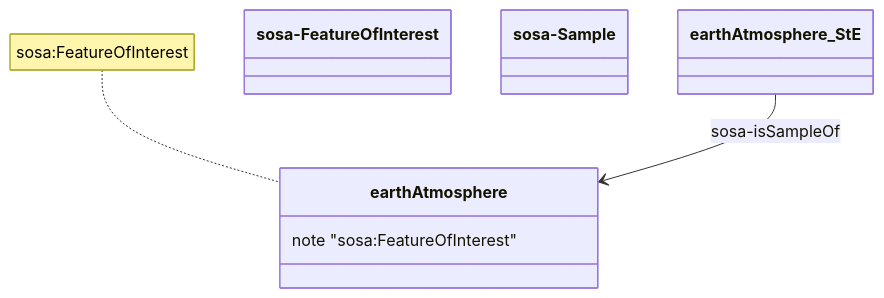
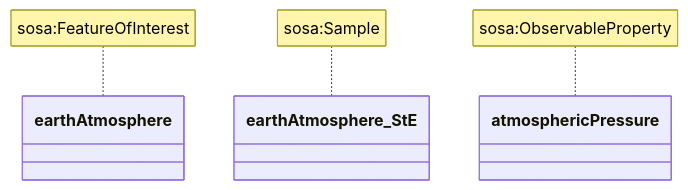
The diagram in Test/Example.md (DataCoveEU/FAIRiTRASH), drawn with Mermaid before and after one commit.

````diff
--- a/Test/Example.md
+++ b/Test/Example.md
@@ -4,16 +4,14 @@
 ```mermaid
 classDiagram
    class earthAtmosphere{
-      note "sosa:FeatureOfInterest"
     }
+    note for earthAtmosphere "sosa:FeatureOfInterest"
     class earthAtmosphere_StE{
     }
-    class sosa-FeatureOfInterest{
+    note for earthAtmosphere_StE "sosa:Sample"
+    class atmosphericPressure{
     }
-    class sosa-Sample{
-    }
-    note for earthAtmosphere "sosa:FeatureOfInterest"
-    earthAtmosphere_StE --> earthAtmosphere: sosa-isSampleOf
+    note for atmosphericPressure "sosa:ObservableProperty"
 
     
 ```
````
